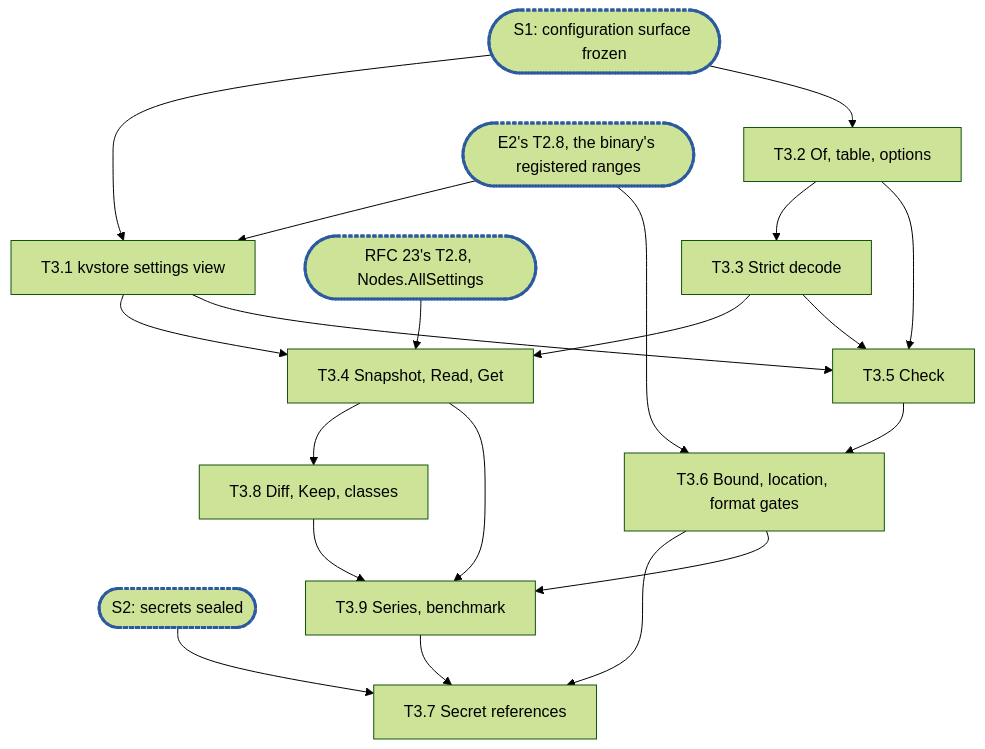
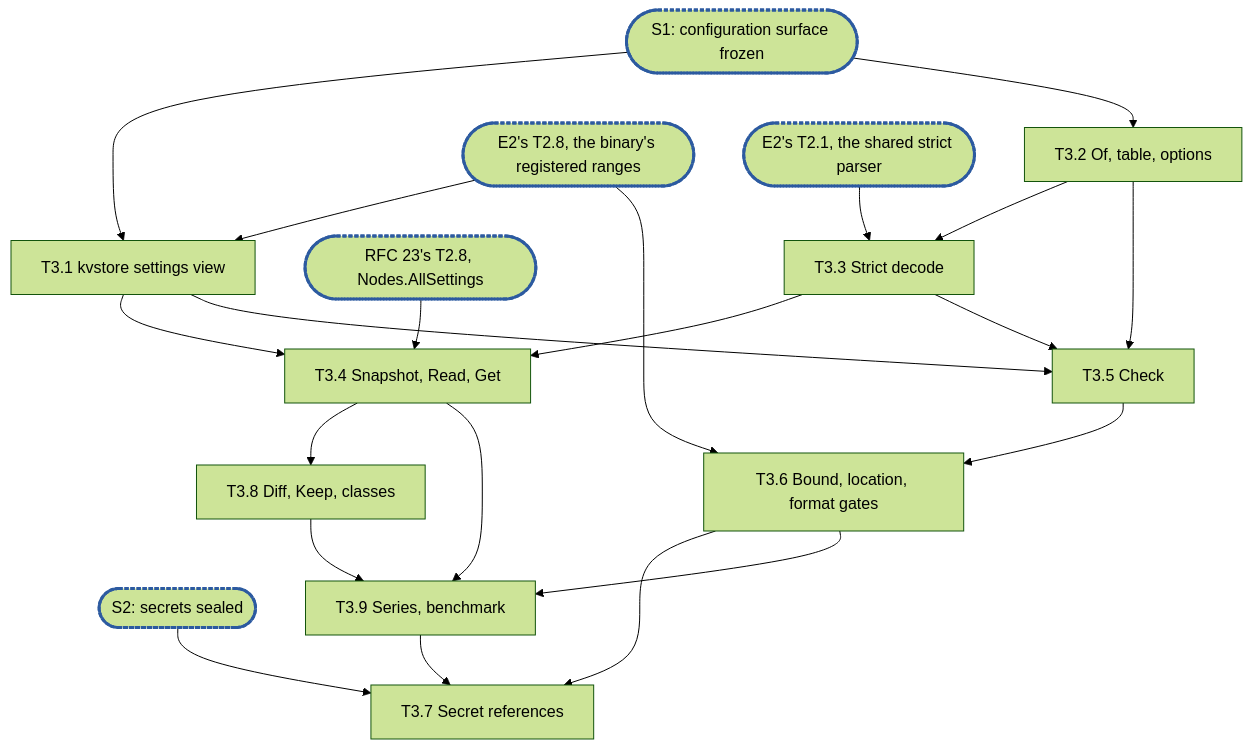
Before and after one commit to cubbit/dittofs: the diagram in .planning/rfc-13-config-epic3.md, drawn with Mermaid (forest theme). The commit also changed other lines of this file and 4 other files, not shown here.

First line of the commit message:
docs(rfc-13): fix the size grammar and use one shared parser

````diff
--- a/.planning/rfc-13-config-epic3.md
+++ b/.planning/rfc-13-config-epic3.md
@@ -719,18 +721,19 @@
 ```mermaid
 flowchart TD
   S1(["S1: configuration surface frozen"]):::sync --> T3_1["T3.1 kvstore settings view"]
   S1 --> T3_2["T3.2 Of, table, options"]
   T2_8(["E2's T2.8, the binary's registered ranges"]):::sync --> T3_1
   T2_8 --> T3_6
   N2_8(["RFC 23's T2.8, Nodes.AllSettings"]):::sync --> T3_4
+  T2_1(["E2's T2.1, the shared strict parser"]):::sync --> T3_3
   T3_2 --> T3_3["T3.3 Strict decode"]
   T3_1 & T3_3 --> T3_4["T3.4 Snapshot, Read, Get"]
   T3_1 & T3_2 & T3_3 --> T3_5["T3.5 Check"]
   T3_5 --> T3_6["T3.6 Bound, location, format gates"]
   S2(["S2: secrets sealed"]):::sync --> T3_7["T3.7 Secret references"]
   T3_6 --> T3_7
   T3_9 --> T3_7
   T3_4 --> T3_8["T3.8 Diff, Keep, classes"]
   T3_4 & T3_6 & T3_8 --> T3_9["T3.9 Series, benchmark"]
   classDef sync stroke:#2c5aa0,stroke-width:3px,stroke-dasharray:4 2
 ```
````
